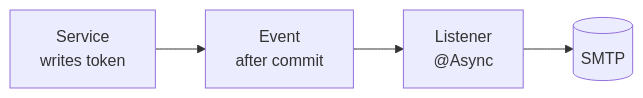
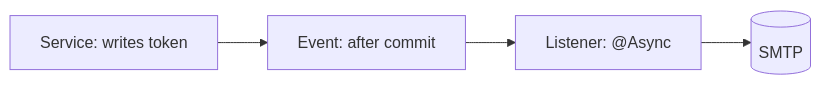
Before and after one commit to podlLev/WeatherViewer: the third of 3 diagrams in README.md, drawn with Mermaid. The commit also changed other lines of this file and 1 other file, not shown here.

````diff
--- a/README.md
+++ b/README.md
@@ -124,6 +128,6 @@
 ```mermaid
 flowchart LR
-    F["Service<br/>writes token"] --> G["Event<br/>after commit"]
-    G --> H["Listener<br/>@Async"]
+    F["Service: writes token"] --> G["Event: after commit"]
+    G --> H["Listener: @Async"]
     H --> I[("SMTP")]
 ```
````
